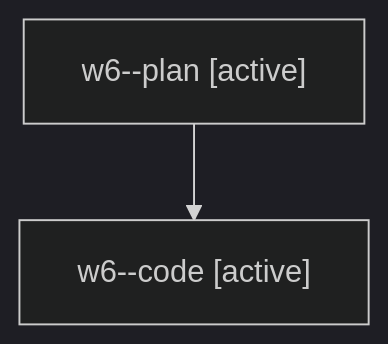
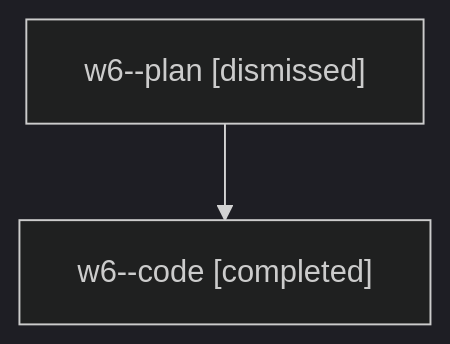
Before and after one commit to sase-org/sase--agents: the diagram in families/bbugyi200.athena.w6.md, drawn with Mermaid (dark theme). The commit also changed other lines of this file and 1475 other files, not shown here.

````diff
--- a/families/bbugyi200.athena.w6.md
+++ b/families/bbugyi200.athena.w6.md
@@ -9,6 +9,6 @@
 ```mermaid
 flowchart TD
-  n0["w6--plan [active]"]
-  n1["w6--code [active]"]
+  n0["w6--plan [dismissed]"]
+  n1["w6--code [completed]"]
   n0 --> n1
 ```
````
